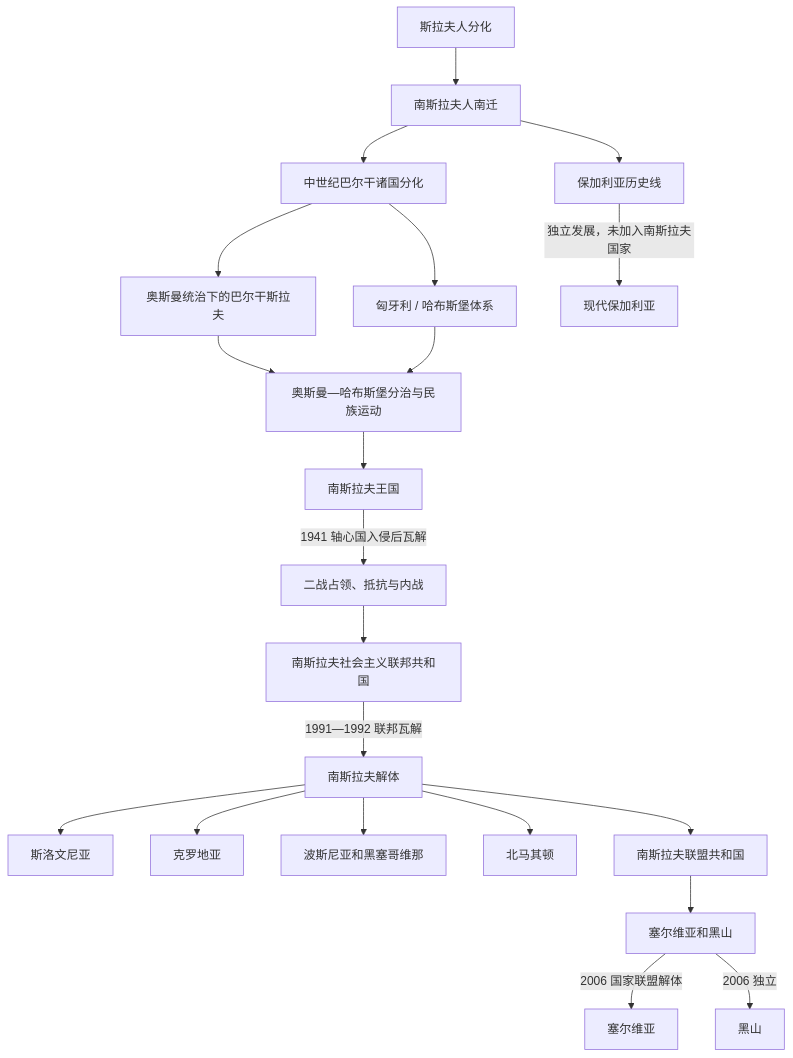
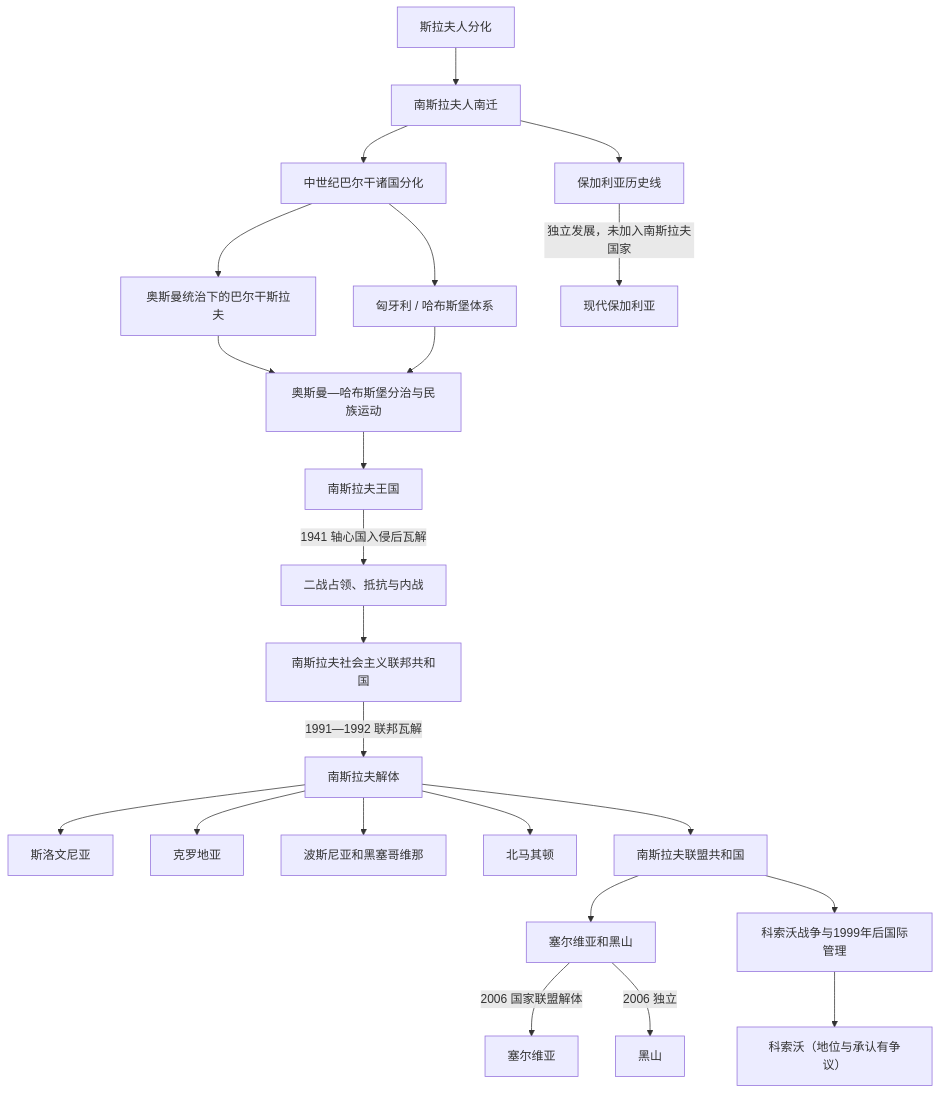
One commit to tianlan-dev/learning-notes changed the diagram in 人文科学/历史/欧洲/东南欧与巴尔干/南斯拉夫历史/README.md. Above: the diagram before and after it, drawn with Mermaid. The commit also changed other lines of this file and 1417 other files, not shown here.

````diff
--- a/人文科学/历史/欧洲/东南欧与巴尔干/南斯拉夫历史/README.md
+++ b/人文科学/历史/欧洲/东南欧与巴尔干/南斯拉夫历史/README.md
@@ -17,24 +17,26 @@
 ```mermaid
 flowchart TD
     Split["斯拉夫人分化"] --> South["南斯拉夫人南迁"]
     South --> Medieval["中世纪巴尔干诸国分化"]
     Medieval --> Ottoman["奥斯曼统治下的巴尔干斯拉夫"]
     Medieval --> Habsburg["匈牙利 / 哈布斯堡体系"]
     Ottoman --> Partition["奥斯曼—哈布斯堡分治与民族运动"]
     Habsburg --> Partition
     Partition --> YugoslavKingdom["南斯拉夫王国"]
     YugoslavKingdom -->|"1941 轴心国入侵后瓦解"| WWII["二战占领、抵抗与内战"]
     WWII --> SocialistYugoslavia["南斯拉夫社会主义联邦共和国"]
     SocialistYugoslavia -->|"1991—1992 联邦瓦解"| Breakup["南斯拉夫解体"]
     Breakup --> Slovenia["斯洛文尼亚"]
     Breakup --> Croatia["克罗地亚"]
     Breakup --> Bosnia["波斯尼亚和黑塞哥维那"]
     Breakup --> NorthMacedonia["北马其顿"]
     Breakup --> FRY["南斯拉夫联盟共和国"]
     FRY --> SerbiaMontenegro["塞尔维亚和黑山"]
+    FRY --> KosovoWar["科索沃战争与1999年后国际管理"]
+    KosovoWar --> Kosovo["科索沃（地位与承认有争议）"]
     SerbiaMontenegro -->|"2006 国家联盟解体"| Serbia["塞尔维亚"]
     SerbiaMontenegro -->|"2006 独立"| Montenegro["黑山"]
 
     South --> Bulgaria["保加利亚历史线"]
     Bulgaria -->|"独立发展，未加入南斯拉夫国家"| BulgariaModern["现代保加利亚"]
 ```
````
